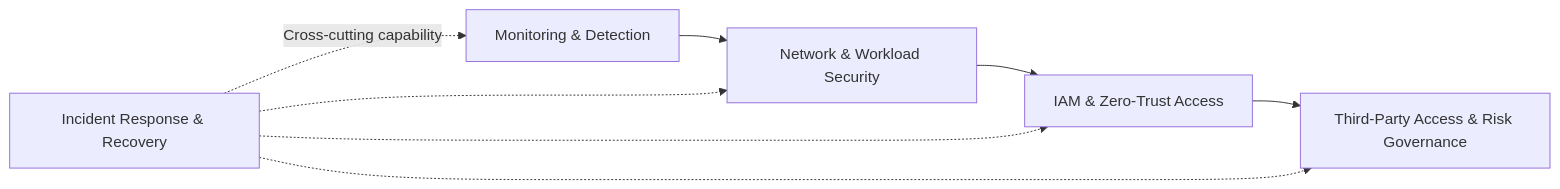
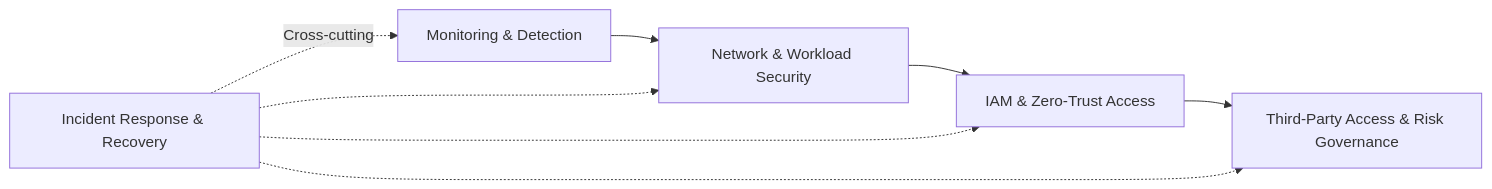
Before and after one commit to rachelletecharchitect01-star/security-architecture-capstone: the second of 2 diagrams in README.md, drawn with Mermaid. The commit also changed other lines of this file, not shown here.

````diff
--- a/README.md
+++ b/README.md
@@ -152,10 +87,10 @@
 ```mermaid
 flowchart LR
     A[Monitoring & Detection] --> B[Network & Workload Security]
     B --> C[IAM & Zero-Trust Access]
     C --> D[Third-Party Access & Risk Governance]
-    E[Incident Response & Recovery] -. Cross-cutting capability .-> A
+    E[Incident Response & Recovery] -. Cross-cutting .-> A
     E -.-> B
     E -.-> C
     E -.-> D
 ```
````
